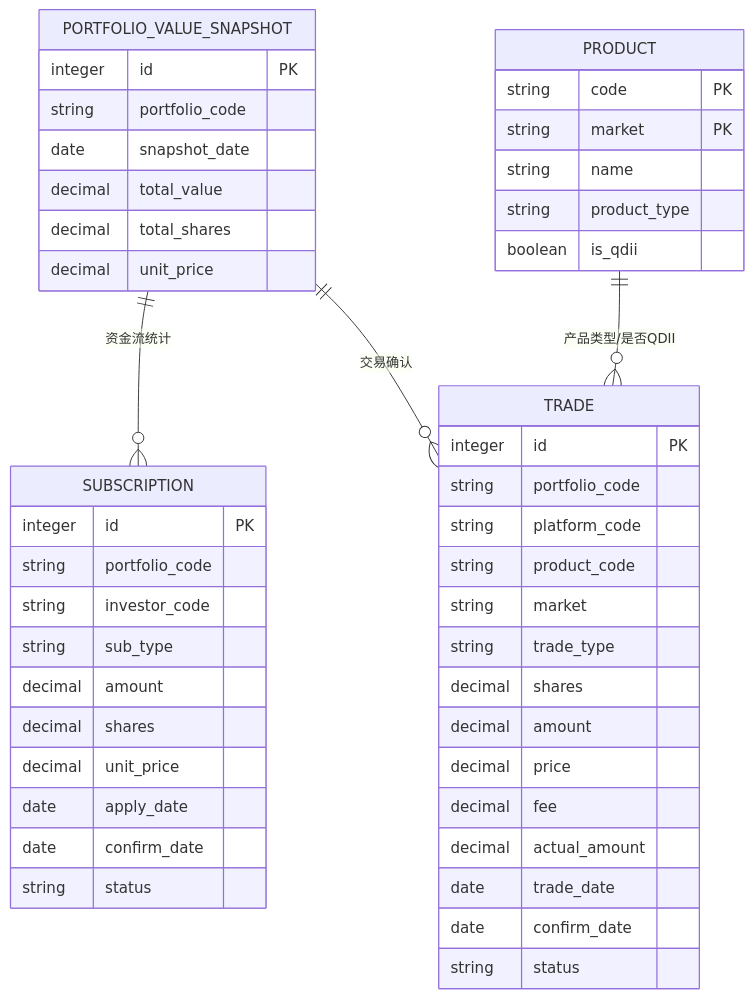
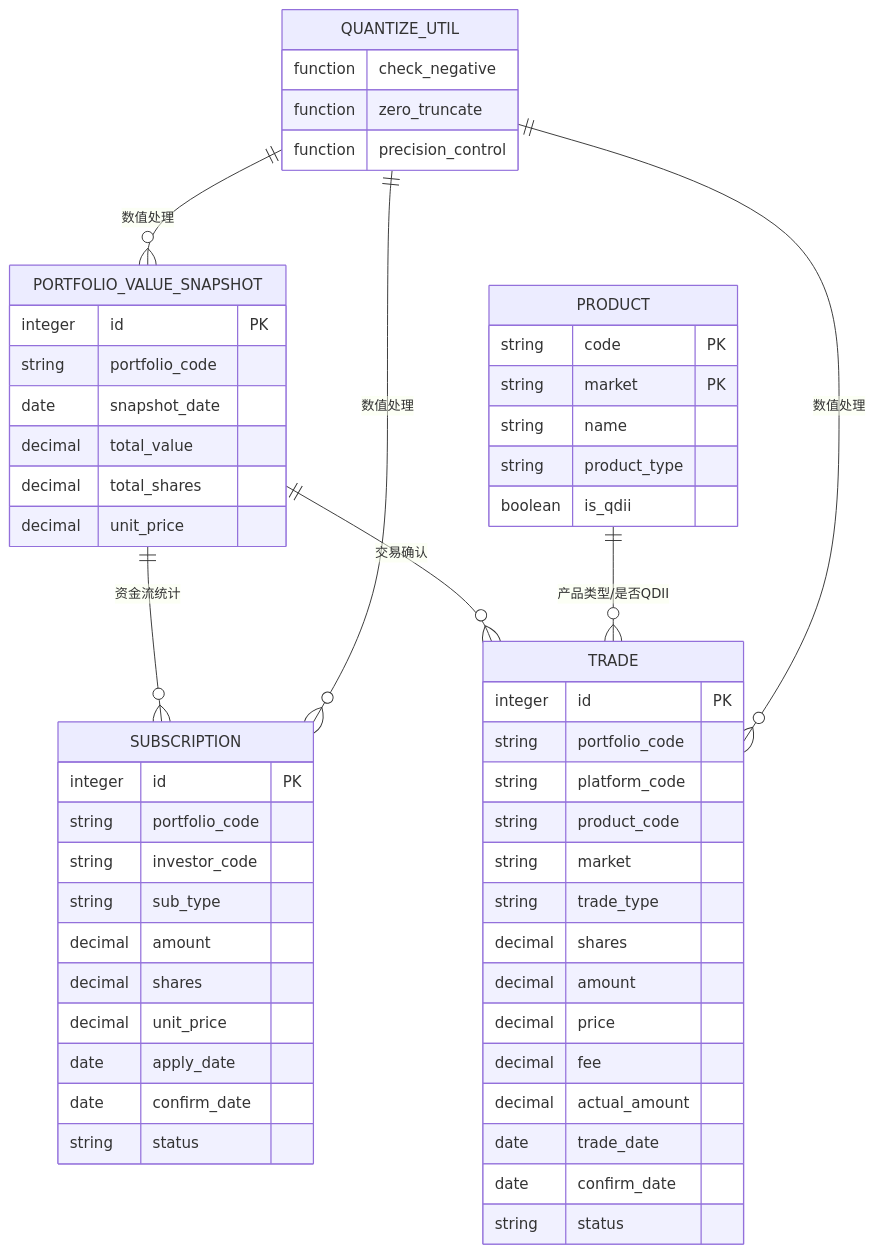
Before and after one commit to gujialind/InvestRing: the ninth of 9 diagrams in .qoder/repowiki/zh/content/数据库设计/核心计算公式.md, drawn with Mermaid. The commit also changed other lines of this file and 19 other files, not shown here.

````diff
--- a/.qoder/repowiki/zh/content/数据库设计/核心计算公式.md
+++ b/.qoder/repowiki/zh/content/数据库设计/核心计算公式.md
@@ -304,49 +375,57 @@
 ```mermaid
 erDiagram
 PORTFOLIO_VALUE_SNAPSHOT {
 integer id PK
 string portfolio_code
 date snapshot_date
 decimal total_value
 decimal total_shares
 decimal unit_price
 }
 SUBSCRIPTION {
 integer id PK
 string portfolio_code
 string investor_code
 string sub_type
 decimal amount
 decimal shares
 decimal unit_price
 date apply_date
 date confirm_date
 string status
 }
 TRADE {
 integer id PK
 string portfolio_code
 string platform_code
 string product_code
 string market
 string trade_type
 decimal shares
 decimal amount
 decimal price
 decimal fee
 decimal actual_amount
 date trade_date
 date confirm_date
 string status
 }
 PRODUCT {
 string code PK
 string market PK
 string name
 string product_type
 boolean is_qdii
 }
+QUANTIZE_UTIL {
+function check_negative
+function zero_truncate
+function precision_control
+}
 PORTFOLIO_VALUE_SNAPSHOT ||--o{ SUBSCRIPTION : "资金流统计"
 PORTFOLIO_VALUE_SNAPSHOT ||--o{ TRADE : "交易确认"
 PRODUCT ||--o{ TRADE : "产品类型/是否QDII"
+QUANTIZE_UTIL ||--o{ PORTFOLIO_VALUE_SNAPSHOT : "数值处理"
+QUANTIZE_UTIL ||--o{ SUBSCRIPTION : "数值处理"
+QUANTIZE_UTIL ||--o{ TRADE : "数值处理"
 ```
````
